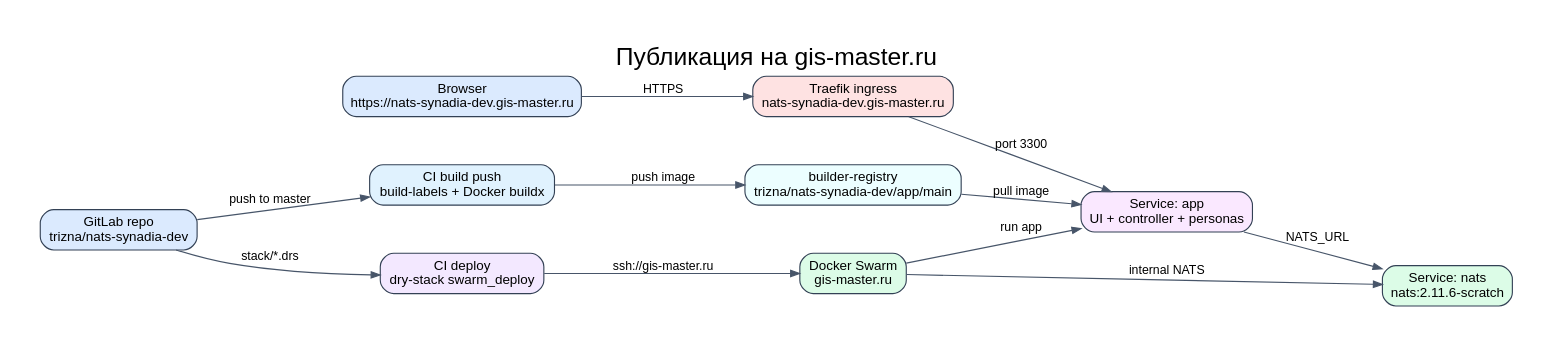
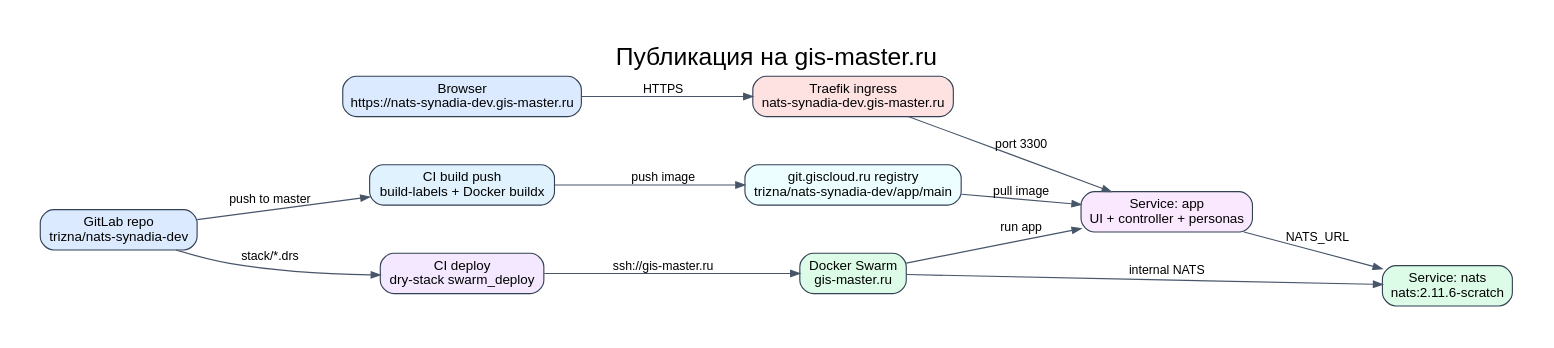
Before and after one commit to komaroffsergei/nats-synadia-dev: the diagram in docs/diagrams/deployment.dot, drawn with Graphviz. The commit also changed 4 other files, not shown here.

First line of the commit message:
fix: publish image to GitLab registry

```diff
--- a/docs/diagrams/deployment.dot
+++ b/docs/diagrams/deployment.dot
@@ -1,50 +1,50 @@
 digraph G {
   graph [
     rankdir=LR,
     bgcolor="white",
     pad="0.4",
     nodesep="0.6",
     ranksep="0.8",
     fontname="Arial",
     label="Публикация на gis-master.ru",
     labelloc="t",
     fontsize=22
   ];
 
   node [
     shape=box,
     style="rounded,filled",
     fontname="Arial",
     fontsize=12,
     color="#334155",
     fillcolor="#f8fafc"
   ];
 
   edge [
     fontname="Arial",
     fontsize=11,
     color="#475569",
     arrowsize=0.8
   ];
 
   repo [label="GitLab repo\ntrizna/nats-synadia-dev", fillcolor="#dbeafe"];
   build [label="CI build push\nbuild-labels + Docker buildx", fillcolor="#e0f2fe"];
-  registry [label="builder-registry\ntrizna/nats-synadia-dev/app/main", fillcolor="#ecfeff"];
+  registry [label="git.giscloud.ru registry\ntrizna/nats-synadia-dev/app/main", fillcolor="#ecfeff"];
   deploy [label="CI deploy\ndry-stack swarm_deploy", fillcolor="#f3e8ff"];
   swarm [label="Docker Swarm\ngis-master.ru", fillcolor="#dcfce7"];
   nats [label="Service: nats\nnats:2.11.6-scratch", fillcolor="#dcfce7"];
   app [label="Service: app\nUI + controller + personas", fillcolor="#fae8ff"];
   traefik [label="Traefik ingress\nnats-synadia-dev.gis-master.ru", fillcolor="#fee2e2"];
   user [label="Browser\nhttps://nats-synadia-dev.gis-master.ru", fillcolor="#dbeafe"];
 
   repo -> build [label="push to master"];
   build -> registry [label="push image"];
   repo -> deploy [label="stack/*.drs"];
   deploy -> swarm [label="ssh://gis-master.ru"];
   registry -> app [label="pull image"];
   swarm -> nats [label="internal NATS"];
   swarm -> app [label="run app"];
   app -> nats [label="NATS_URL"];
   traefik -> app [label="port 3300"];
   user -> traefik [label="HTTPS"];
 }
```
